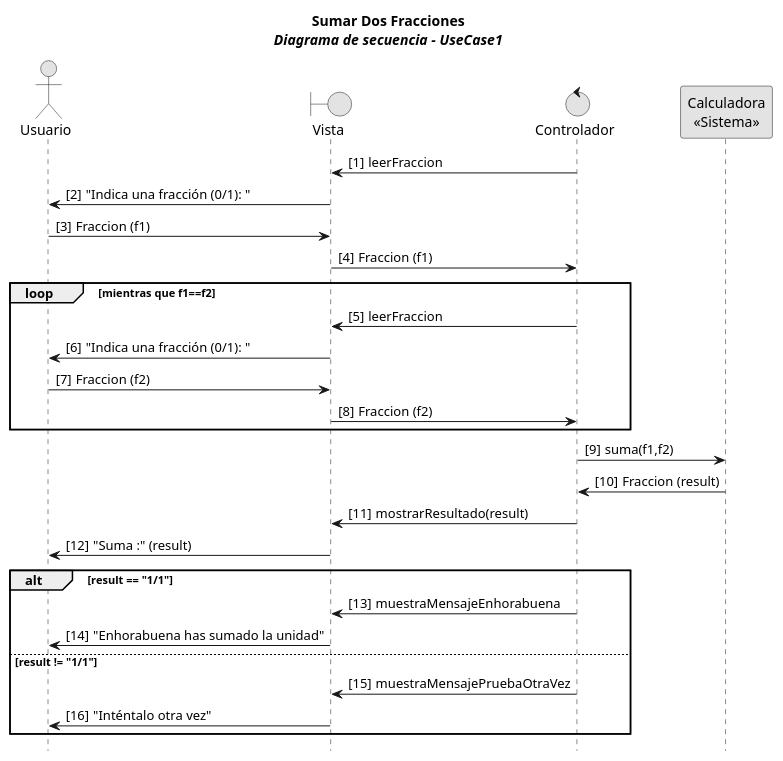
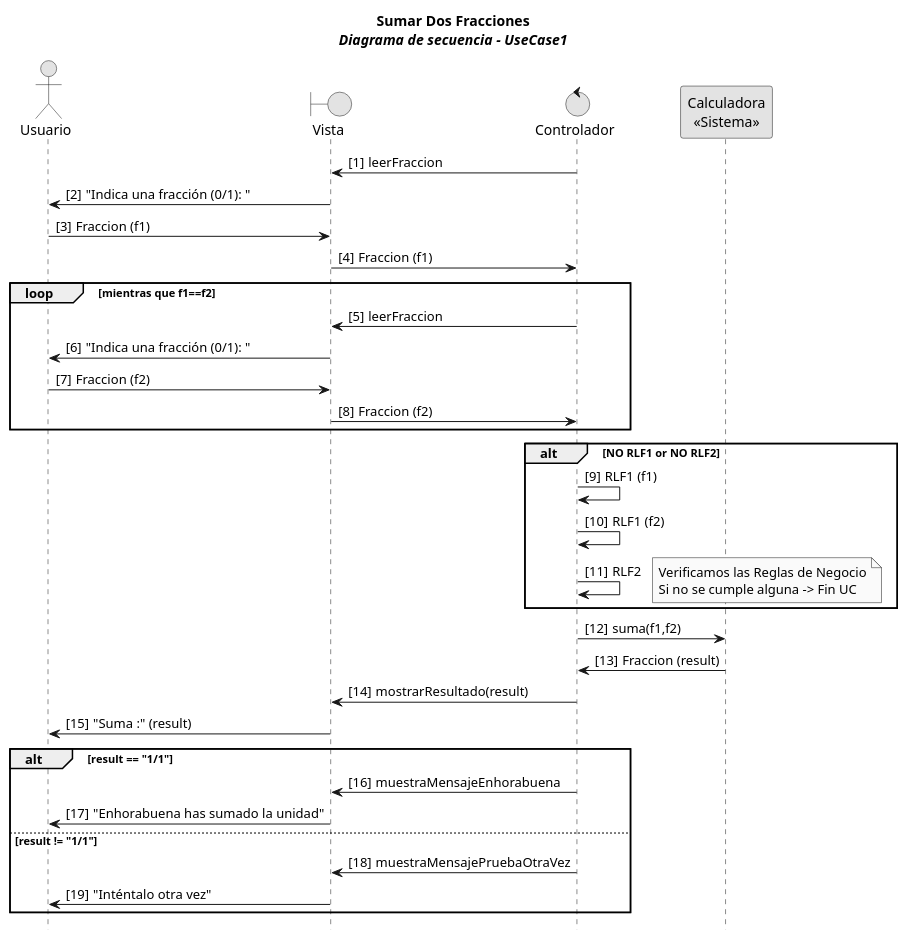
One commit to srlopez/RUP changed the fourth of 4 diagrams in ejemplos/fraccion_completo.md. Above: the diagram before and after it, drawn with PlantUML. The commit also changed other lines of this file, not shown here.

````diff
--- a/ejemplos/fraccion_completo.md
+++ b/ejemplos/fraccion_completo.md
@@ -206,42 +227,51 @@
 ```plantuml
 @startuml
 title <b>Sumar Dos Fracciones</b>\n<i>Diagrama de secuencia - UseCase1</i>
 skinparam monochrome true
 ' skinparam handwritten true
 ' skinparam defaultFontName Comic Sans MS
 ' skinparam classArrowFontName Arial
 
 autonumber "[0]"
 hide footbox
 
 actor Usuario as u
 boundary Vista as v
 control Controlador as c 
 participant "Calculadora\n<<Sistema>>" as s
 
 'group Comprar Producto
 c -> v: leerFraccion
 v -> u: "Indica una fracción (0/1): "
 u -> v: Fraccion (f1)
 v -> c: Fraccion (f1)
 loop mientras que f1==f2
   c -> v: leerFraccion
   v -> u: "Indica una fracción (0/1): "
   u -> v: Fraccion (f2)
   v -> c: Fraccion (f2)
 end
+alt NO RLF1 or NO RLF2
+c -> c: RLF1 (f1)
+c -> c: RLF1 (f2)
+c -> c: RLF2
+note right
+Verificamos las Reglas de Negocio
+Si no se cumple alguna -> Fin UC
+end note
+end
 c -> s: suma(f1,f2)
 s -> c: Fraccion (result)
 c -> v: mostrarResultado(result)
 v -> u: "Suma :" (result)
 alt result == "1/1"
   c -> v: muestraMensajeEnhorabuena
   v -> u: "Enhorabuena has sumado la unidad"
 else result != "1/1"
   c -> v: muestraMensajePruebaOtraVez
   v -> u: "Inténtalo otra vez"
 end
 
 'end
 @enduml
 ```
````
